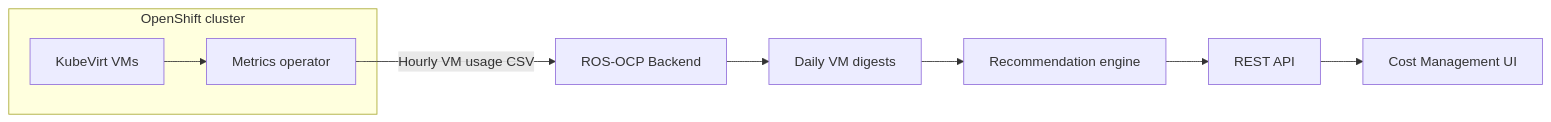
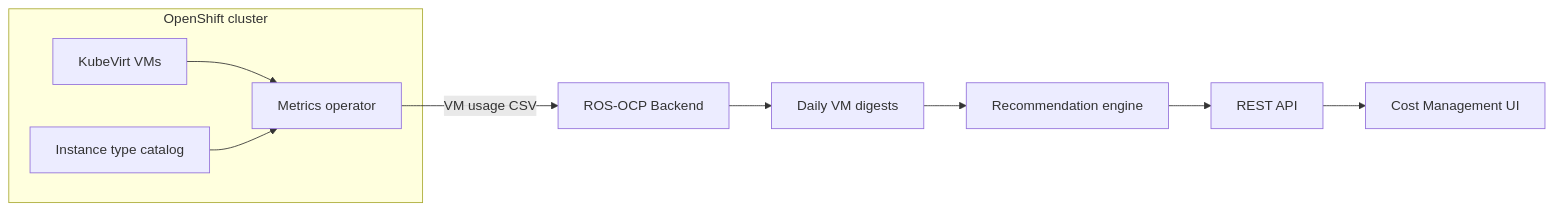
One commit to pgarciaq/ros-ocp-backend changed the diagram in docs-site/features/virtual-machines.md. Above: the diagram before and after it, drawn with Mermaid. The commit also changed other lines of this file and 9 other files, not shown here.

````diff
--- a/docs-site/features/virtual-machines.md
+++ b/docs-site/features/virtual-machines.md
@@ -138,13 +298,15 @@
 ```mermaid
 flowchart LR
   subgraph Cluster["OpenShift cluster"]
     O[Metrics operator]
     KV[KubeVirt VMs]
+    IT[Instance type catalog]
     KV --> O
+    IT --> O
   end
-  O -->|Hourly VM usage CSV| R[ROS-OCP Backend]
+  O -->|VM usage CSV| R[ROS-OCP Backend]
   R --> D[Daily VM digests]
   D --> E[Recommendation engine]
   E --> API[REST API]
   API --> UI[Cost Management UI]
 ```
````
